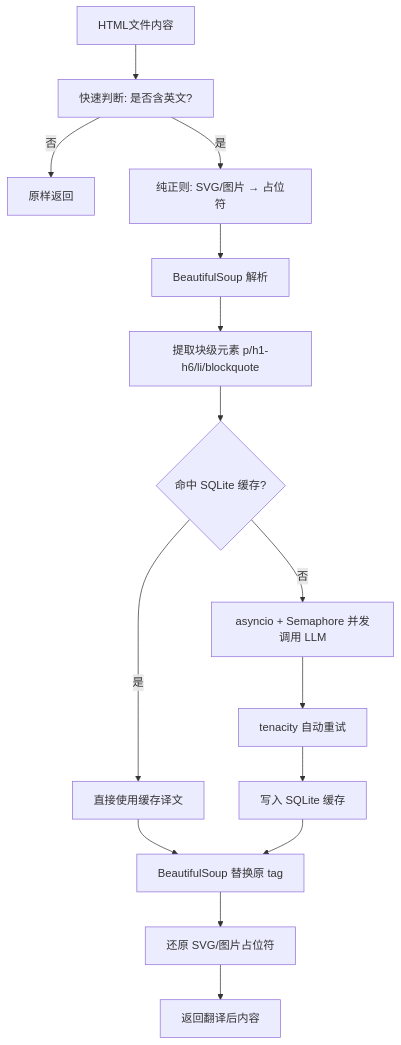
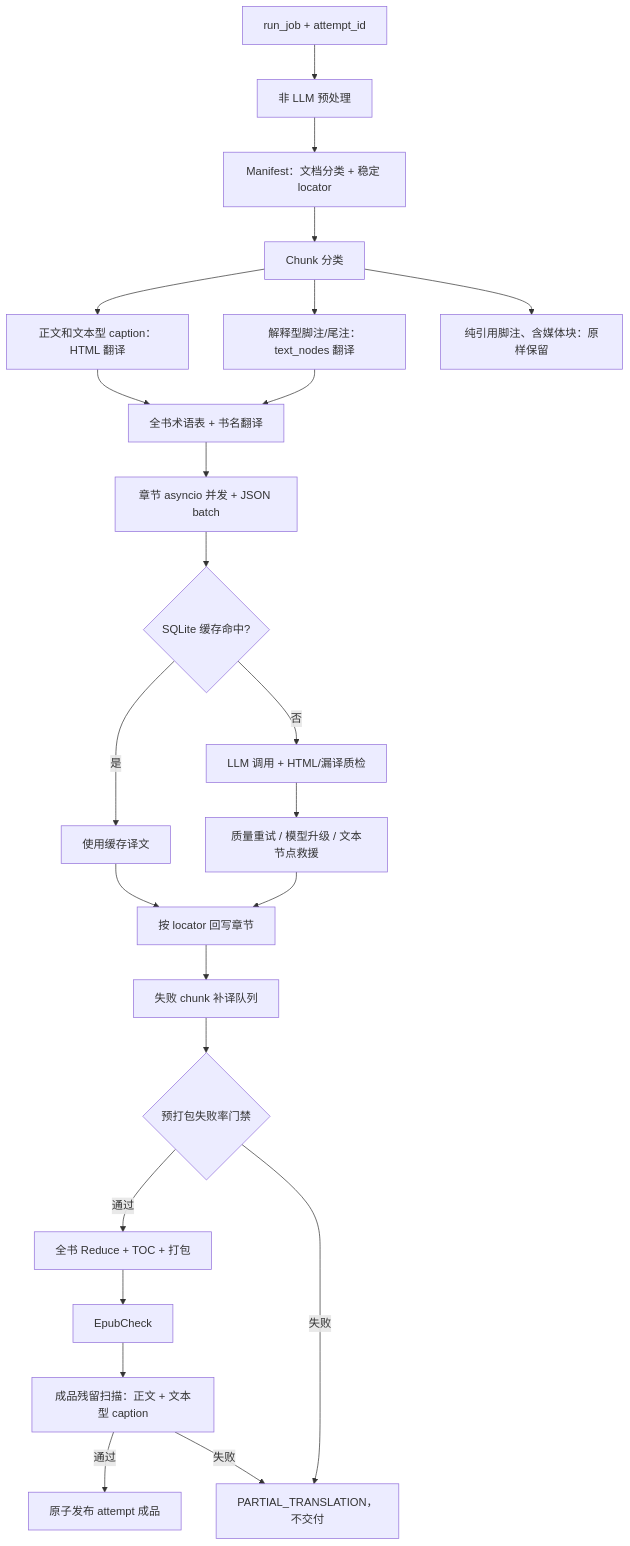
One commit to zengchanghuan/epub-factory changed the second of 5 diagrams in docs/AI-TRANSLATION-DESIGN.md. Above: the diagram before and after it, drawn with Mermaid. The commit also changed other lines of this file and 31 other files, not shown here.

````diff
--- a/docs/AI-TRANSLATION-DESIGN.md
+++ b/docs/AI-TRANSLATION-DESIGN.md
@@ -96,17 +99,26 @@
 ```mermaid
 flowchart TD
-    A[HTML文件内容] --> B[快速判断: 是否含英文?]
-    B -- 否 --> Z[原样返回]
-    B -- 是 --> C[纯正则: SVG/图片 → 占位符]
-    C --> D[BeautifulSoup 解析]
-    D --> E[提取块级元素 p/h1-h6/li/blockquote]
-    E --> F{命中 SQLite 缓存?}
-    F -- 是 --> G[直接使用缓存译文]
-    F -- 否 --> H[asyncio + Semaphore 并发调用 LLM]
-    H --> I[tenacity 自动重试]
-    I --> J[写入 SQLite 缓存]
-    G --> K[BeautifulSoup 替换原 tag]
+    A["run_job + attempt_id"] --> B["非 LLM 预处理"]
+    B --> C["Manifest：文档分类 + 稳定 locator"]
+    C --> D["Chunk 分类"]
+    D --> D1["正文和文本型 caption：HTML 翻译"]
+    D --> D2["解释型脚注/尾注：text_nodes 翻译"]
+    D --> D3["纯引用脚注、含媒体块：原样保留"]
+    D1 --> E["全书术语表 + 书名翻译"]
+    D2 --> E
+    E --> F["章节 asyncio 并发 + JSON batch"]
+    F --> G{"SQLite 缓存命中?"}
+    G -->|"是"| H["使用缓存译文"]
+    G -->|"否"| I["LLM 调用 + HTML/漏译质检"]
+    I --> J["质量重试 / 模型升级 / 文本节点救援"]
+    H --> K["按 locator 回写章节"]
     J --> K
-    K --> L[还原 SVG/图片占位符]
-    L --> M[返回翻译后内容]
+    K --> L["失败 chunk 补译队列"]
+    L --> M{"预打包失败率门禁"}
+    M -->|"通过"| N["全书 Reduce + TOC + 打包"]
+    M -->|"失败"| X["PARTIAL_TRANSLATION，不交付"]
+    N --> O["EpubCheck"]
+    O --> P["成品残留扫描：正文 + 文本型 caption"]
+    P -->|"通过"| Q["原子发布 attempt 成品"]
+    P -->|"失败"| X
 ```
````
